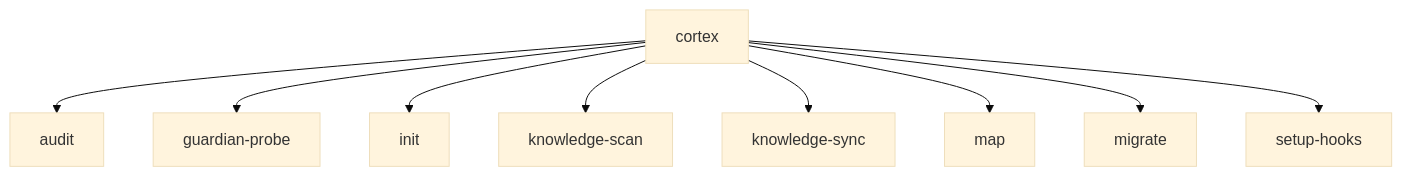
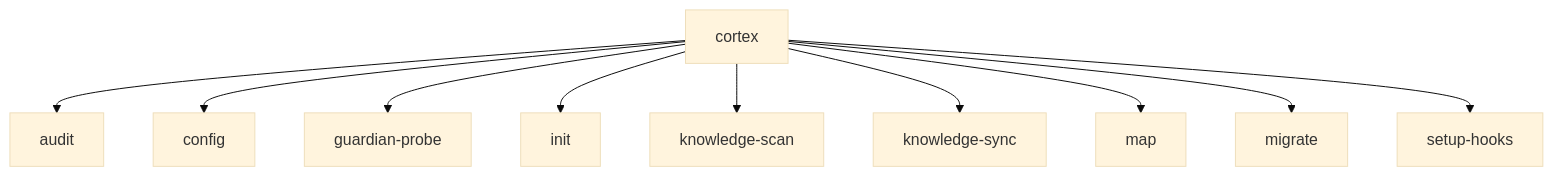
Before and after one commit to Ismael-1712/python-template-profissional: the diagram in docs/reference/CLI_COMMANDS.md, drawn with Mermaid (base theme). The commit also changed other lines of this file and 7 other files, not shown here.

````diff
--- a/docs/reference/CLI_COMMANDS.md
+++ b/docs/reference/CLI_COMMANDS.md
@@ -508,11 +542,12 @@
 ```mermaid
 graph TD
   cortex[cortex] --> audit[audit]
+  cortex[cortex] --> config[config]
   cortex[cortex] --> guardianprobe[guardian-probe]
   cortex[cortex] --> init[init]
   cortex[cortex] --> knowledgescan[knowledge-scan]
   cortex[cortex] --> knowledgesync[knowledge-sync]
   cortex[cortex] --> map[map]
   cortex[cortex] --> migrate[migrate]
   cortex[cortex] --> setuphooks[setup-hooks]
 ```
````
